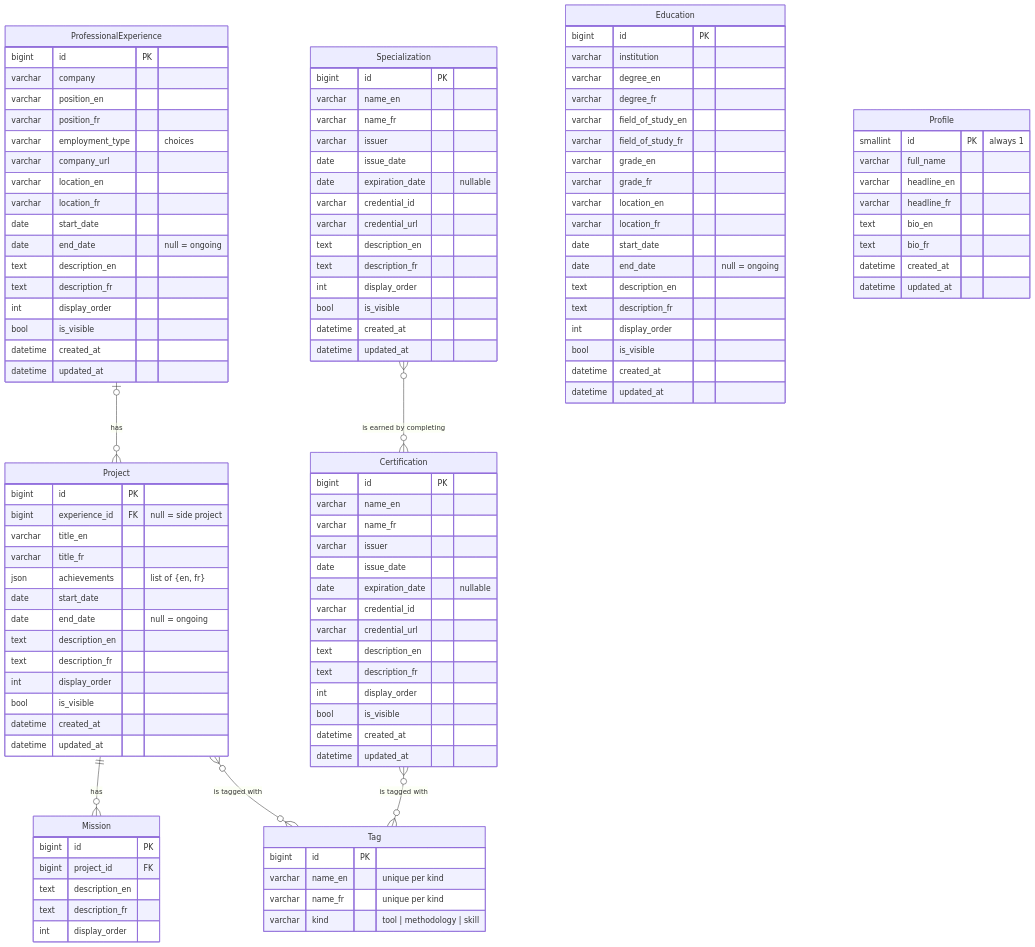
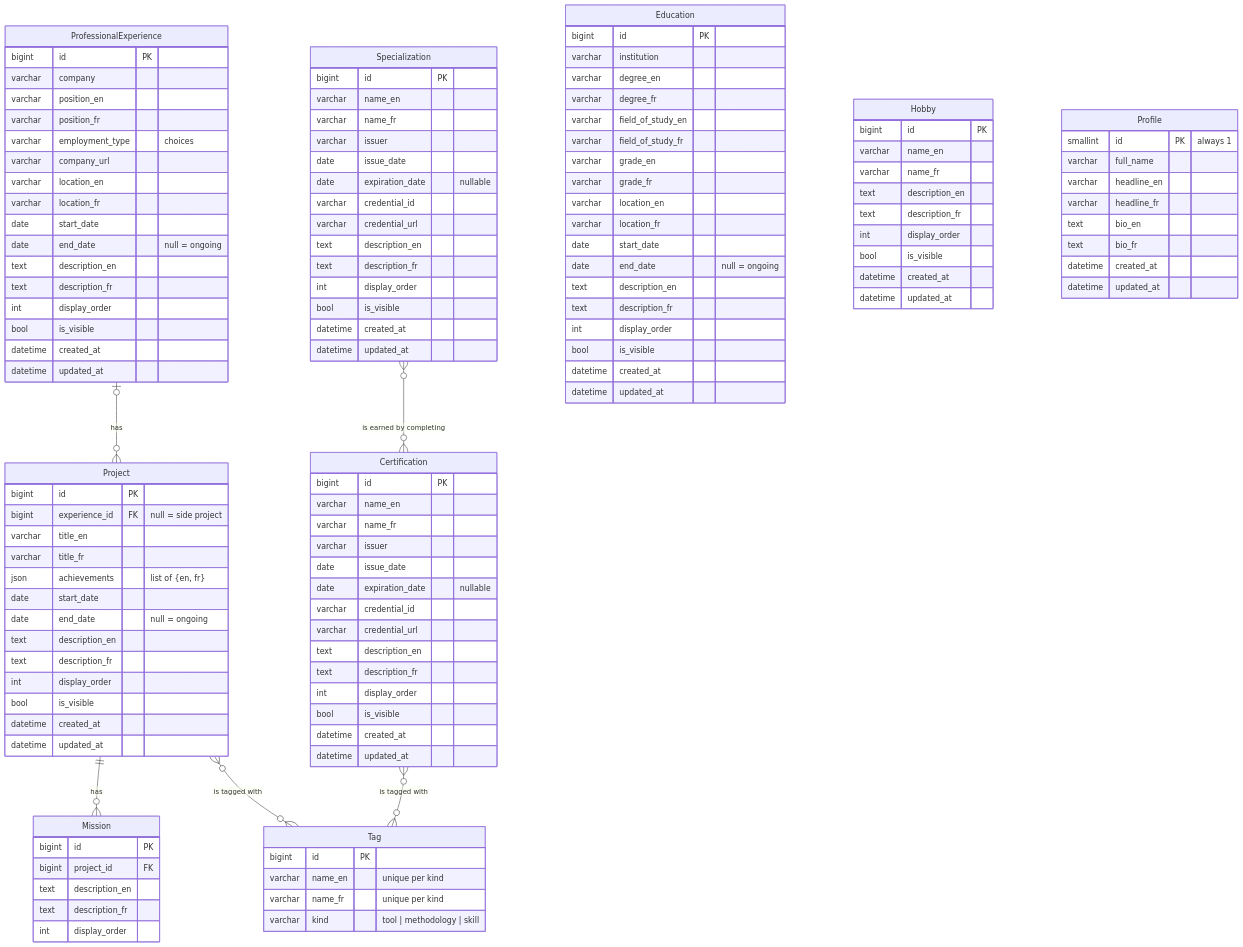
The diagram in backend/docs/database.md (MrAleborg/portfolio), drawn with Mermaid before and after one commit. The commit also changed other lines of this file and 22 other files, not shown here.

```diff
--- a/backend/docs/database.md
+++ b/backend/docs/database.md
@@ -120,6 +120,18 @@
         datetime updated_at
     }
 
+    Hobby {
+        bigint id PK
+        varchar name_en
+        varchar name_fr
+        text description_en
+        text description_fr
+        int display_order
+        bool is_visible
+        datetime created_at
+        datetime updated_at
+    }
+
     Profile {
         smallint id PK "always 1"
         varchar full_name
```
